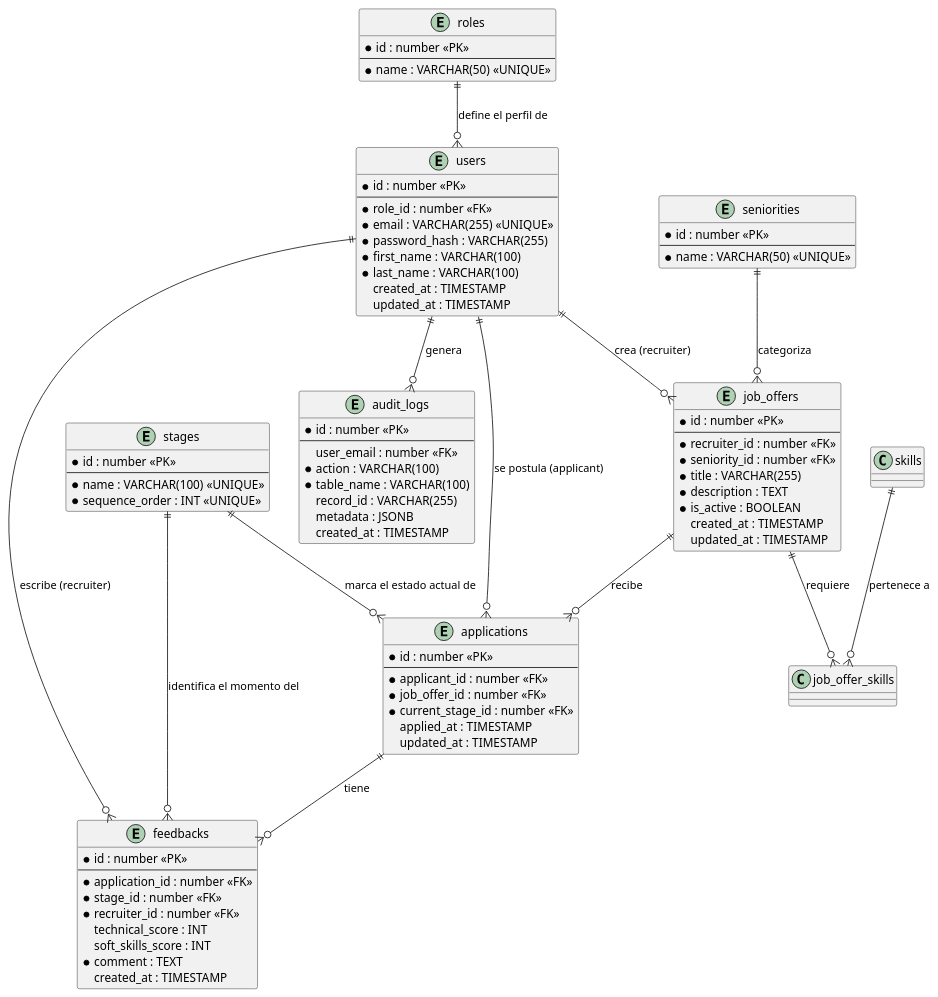
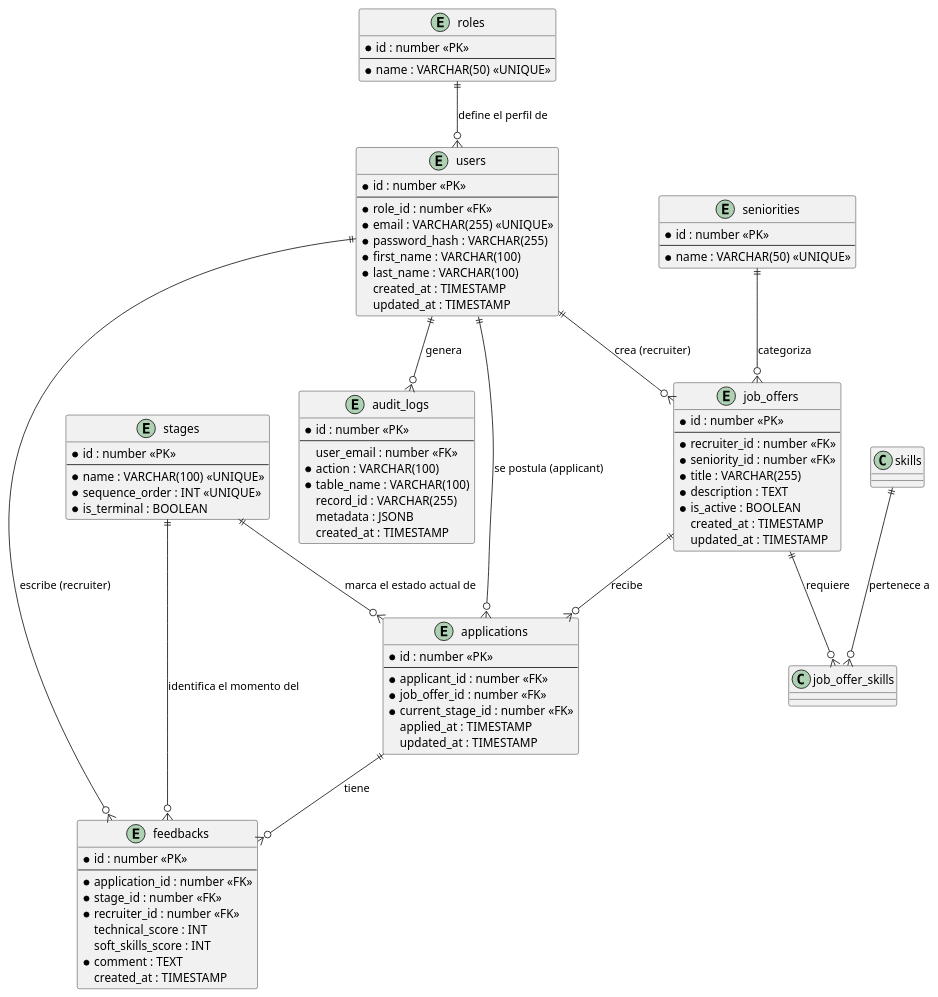
The diagram in documentacion/der.puml (LauEroles/NextStep), drawn with PlantUML before and after one commit. The commit also changed 4 other files, not shown here.

```diff
--- a/documentacion/der.puml
+++ b/documentacion/der.puml
@@ -1,101 +1,102 @@
 @startuml NextStep DER
 
 entity "users" as users {
   * id : number <<PK>>
   --
   * role_id : number <<FK>>
   * email : VARCHAR(255) <<UNIQUE>>
   * password_hash : VARCHAR(255)
   * first_name : VARCHAR(100)
   * last_name : VARCHAR(100)
   created_at : TIMESTAMP
   updated_at : TIMESTAMP
 }
 
 entity "roles" as roles {
   * id : number <<PK>>
   --
   * name : VARCHAR(50) <<UNIQUE>>
 }
 
 entity "seniorities" as seniorities {
   * id : number <<PK>>
   --
   * name : VARCHAR(50) <<UNIQUE>>
 }
 
 entity "job_offers" as job_offers {
   * id : number <<PK>>
   --
   * recruiter_id : number <<FK>>
   * seniority_id : number <<FK>>
   * title : VARCHAR(255)
   * description : TEXT
   * is_active : BOOLEAN
   created_at : TIMESTAMP
   updated_at : TIMESTAMP
 }
 
 entity "stages" as stages {
   * id : number <<PK>>
   --
   * name : VARCHAR(100) <<UNIQUE>>
-  * sequence_order : INT <<UNIQUE>> 
+  * sequence_order : INT <<UNIQUE>>
+  * is_terminal : BOOLEAN
 }
 
 entity "applications" as applications {
   * id : number <<PK>>
   --
   * applicant_id : number <<FK>>
   * job_offer_id : number <<FK>>
   * current_stage_id : number <<FK>>
   applied_at : TIMESTAMP
   updated_at : TIMESTAMP
 }
 
 entity "feedbacks" as feedbacks {
   * id : number <<PK>>
   --
   * application_id : number <<FK>>
   * stage_id : number <<FK>>
   * recruiter_id : number <<FK>>
   technical_score : INT
   soft_skills_score : INT
   * comment : TEXT
   created_at : TIMESTAMP
 }
 
 entity "audit_logs" as audit_logs {
   * id : number <<PK>>
   --
   user_email : number <<FK>>
   * action : VARCHAR(100)
   * table_name : VARCHAR(100)
   record_id : VARCHAR(255)
   metadata : JSONB
   created_at : TIMESTAMP
 }
 
 ' Relación de Usuarios y Roles (1 a Muchos)
 roles ||--o{ users : "define el perfil de"
 
 ' Relaciones de Ofertas y Skills/Seniority
 users ||--o{ job_offers : "crea (recruiter)"
 seniorities ||--o{ job_offers : "categoriza"
 job_offers ||--o{ job_offer_skills : "requiere"
 skills ||--o{ job_offer_skills : "pertenece a"
 
 ' Relaciones de Postulaciones y Etapas
 users ||--o{ applications : "se postula (applicant)"
 job_offers ||--o{ applications : "recibe"
 stages ||--o{ applications : "marca el estado actual de"
 
 ' Relaciones de Feedback
 applications ||--o{ feedbacks : "tiene"
 stages ||--o{ feedbacks : "identifica el momento del"
 users ||--o{ feedbacks : "escribe (recruiter)"
 
 ' Relaciones de Auditoría
 users ||--o{ audit_logs : "genera"
 
 @enduml
```
